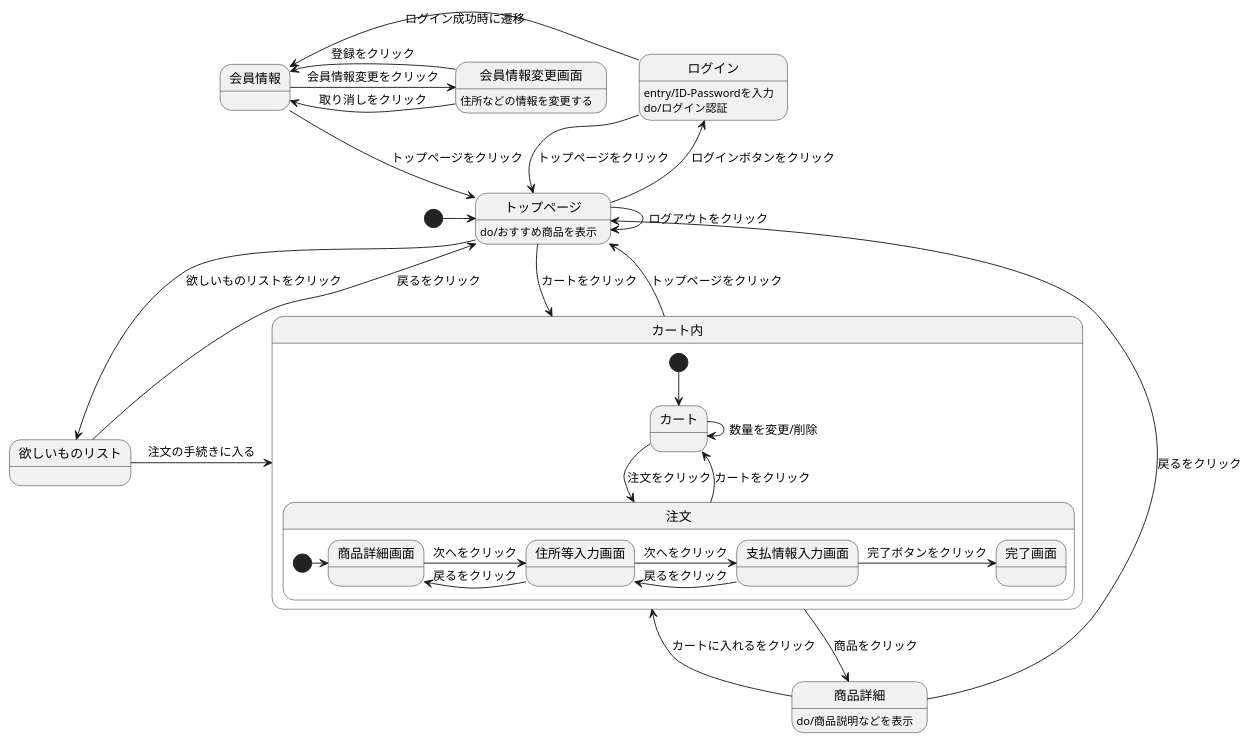
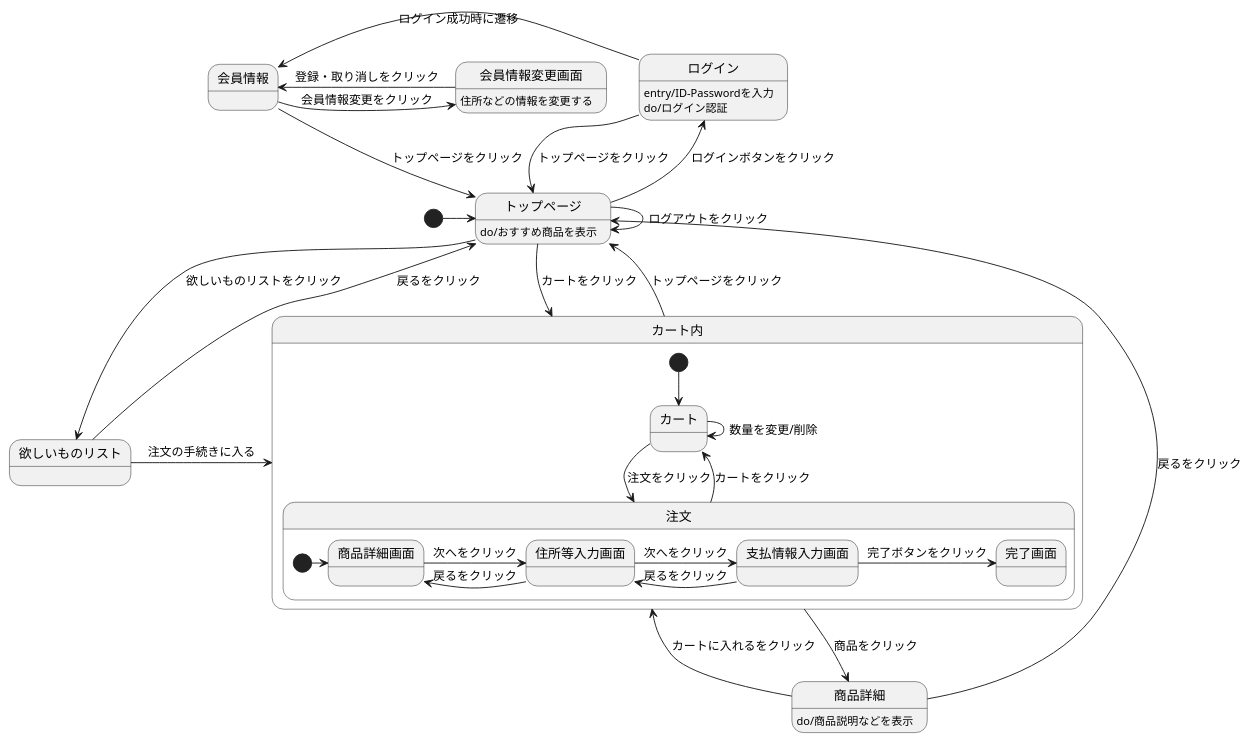
One commit to Aso2101121/2021sys-design-2 changed the diagram in orijinal.stw.md. Above: the diagram before and after it, drawn with PlantUML.

````diff
--- a/orijinal.stw.md
+++ b/orijinal.stw.md
@@ -1,41 +1,40 @@
 ```uml
 @startuml
 [*] -> トップページ
 トップページ : do/おすすめ商品を表示
 会員情報 --> トップページ : トップページをクリック
 ログイン --> トップページ : トップページをクリック
 トップページ --> トップページ : ログアウトをクリック
 トップページ -left-> ログイン : ログインボタンをクリック
 ログイン -left-> 会員情報 : ログイン成功時に遷移
 ログイン : entry/ID-Passwordを入力
 ログイン : do/ログイン認証
 トップページ --> カート内 : カートをクリック
 商品詳細 --> カート内 : カートに入れるをクリック
 商品詳細 --> トップページ : 戻るをクリック
 商品詳細 : do/商品説明などを表示
 カート内 -up-> トップページ : トップページをクリック
 カート内 -> 商品詳細 : 商品をクリック
 欲しいものリスト --> トップページ : 戻るをクリック
 トップページ -> 欲しいものリスト : 欲しいものリストをクリック
 欲しいものリスト -> カート内 : 注文の手続きに入る
 会員情報 -> 会員情報変更画面 : 会員情報変更をクリック
-会員情報変更画面 -left-> 会員情報 : 登録をクリック
-会員情報変更画面 -left-> 会員情報 : 取り消しをクリック
+会員情報変更画面 -right-> 会員情報 : 登録・取り消しをクリック
 会員情報変更画面 : 住所などの情報を変更する
 
 state カート内{
  [*] --> カート
  カート -> 注文 : 注文をクリック
  カート -> カート : 数量を変更/削除
  注文 --> カート : カートをクリック
  state 注文{
   [*] -> 商品詳細画面
   商品詳細画面 -> 住所等入力画面 : 次へをクリック
   住所等入力画面 -> 商品詳細画面 : 戻るをクリック
   住所等入力画面 -> 支払情報入力画面 : 次へをクリック
   支払情報入力画面 -> 住所等入力画面 : 戻るをクリック
   支払情報入力画面 -> 完了画面 : 完了ボタンをクリック
  }
 }
 @enduml
 ```
````
